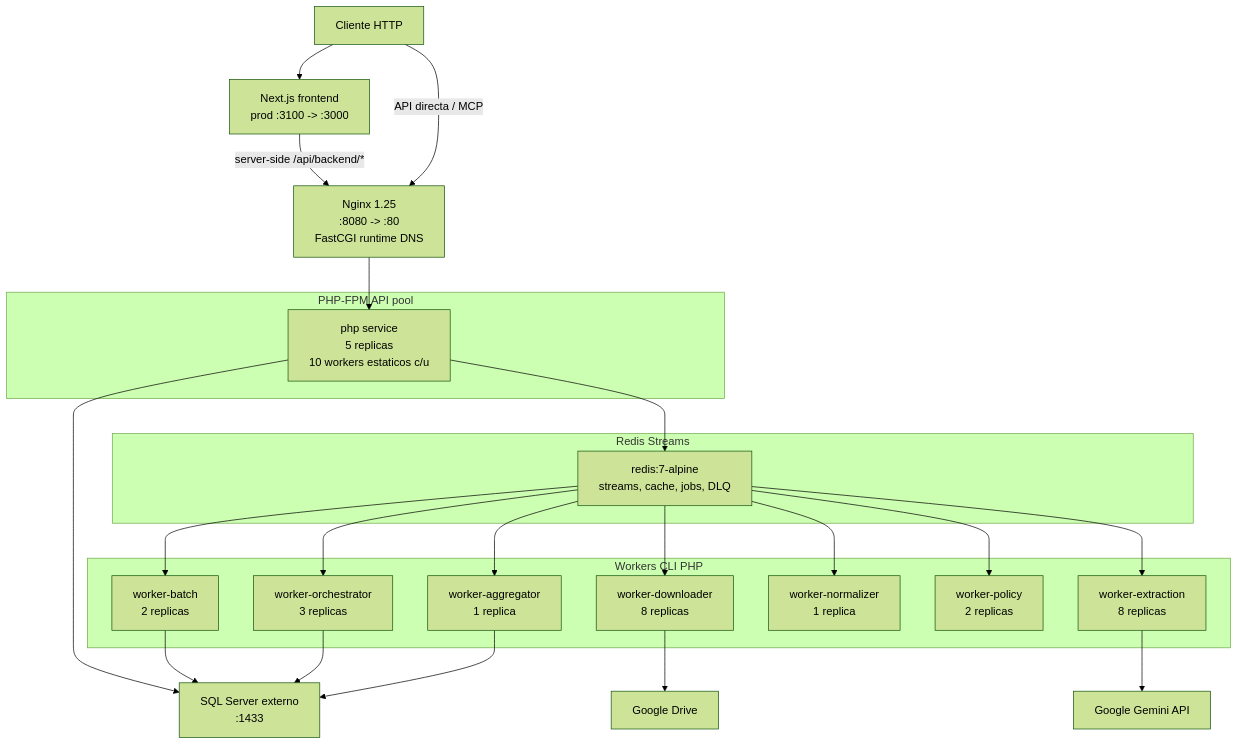
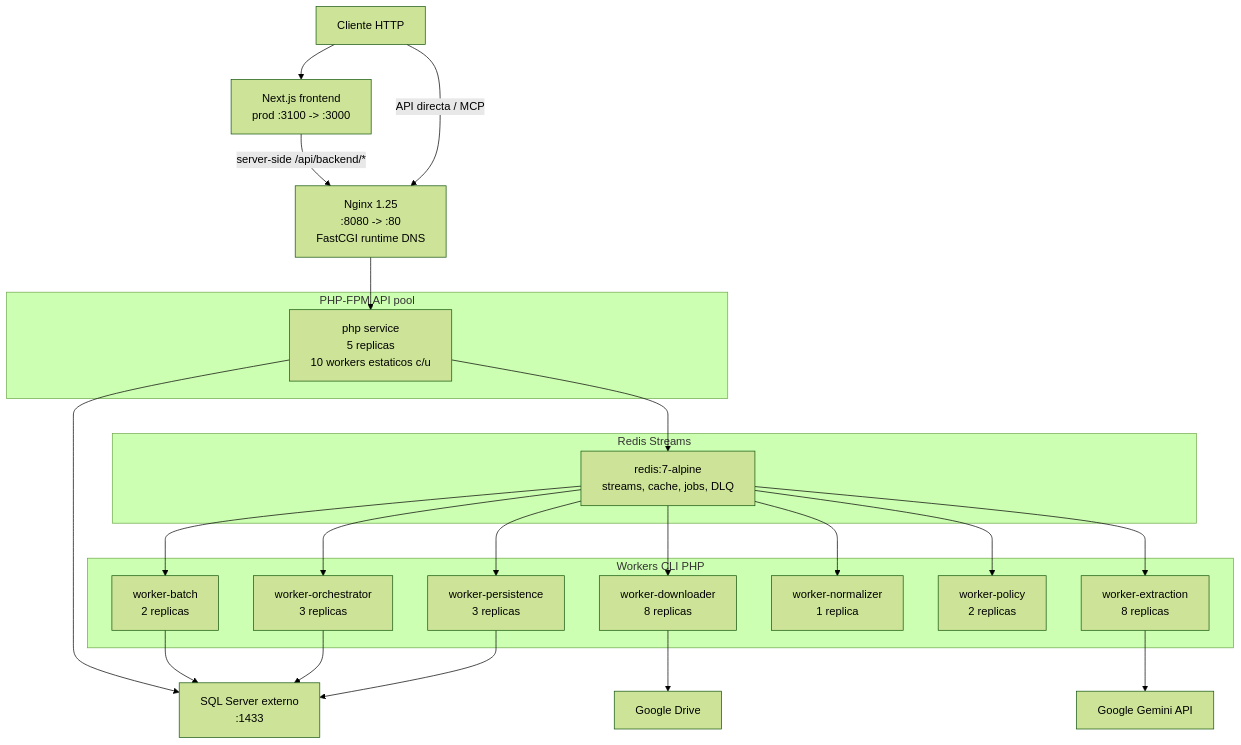
The diagram in plans/high-availability.md (jfrem/AudFact), drawn with Mermaid (forest theme) before and after one commit. The commit also changed other lines of this file and 128 other files, not shown here.

````diff
--- a/plans/high-availability.md
+++ b/plans/high-availability.md
@@ -11,47 +11,47 @@
 ```mermaid
 graph TB
     Client["Cliente HTTP"]
     Front["Next.js frontend<br/>prod :3100 -> :3000"]
     Nginx["Nginx 1.25<br/>:8080 -> :80<br/>FastCGI runtime DNS"]
 
     subgraph PHPPool["PHP-FPM API pool"]
         PHP["php service<br/>5 replicas<br/>10 workers estaticos c/u"]
     end
 
     subgraph RedisLayer["Redis Streams"]
         Redis["redis:7-alpine<br/>streams, cache, jobs, DLQ"]
     end
 
     subgraph Workers["Workers CLI PHP"]
         Batch["worker-batch<br/>2 replicas"]
         Orchestrator["worker-orchestrator<br/>3 replicas"]
         Downloader["worker-downloader<br/>8 replicas"]
         Extraction["worker-extraction<br/>8 replicas"]
         Normalizer["worker-normalizer<br/>1 replica"]
         Policy["worker-policy<br/>2 replicas"]
-        Aggregator["worker-aggregator<br/>1 replica"]
+        Persistence["worker-persistence<br/>3 replicas"]
     end
 
     SQLSRV["SQL Server externo<br/>:1433"]
     Gemini["Google Gemini API"]
     Drive["Google Drive"]
 
     Client --> Front
     Front -->|"server-side /api/backend/*"| Nginx
     Client -->|"API directa / MCP"| Nginx
     Nginx --> PHP
     PHP --> SQLSRV
     PHP --> Redis
     Redis --> Batch
     Redis --> Orchestrator
     Redis --> Downloader
     Redis --> Extraction
     Redis --> Normalizer
     Redis --> Policy
-    Redis --> Aggregator
+    Redis --> Persistence
     Batch --> SQLSRV
     Orchestrator --> SQLSRV
     Downloader --> Drive
     Extraction --> Gemini
-    Aggregator --> SQLSRV
+    Persistence --> SQLSRV
 ```
````
